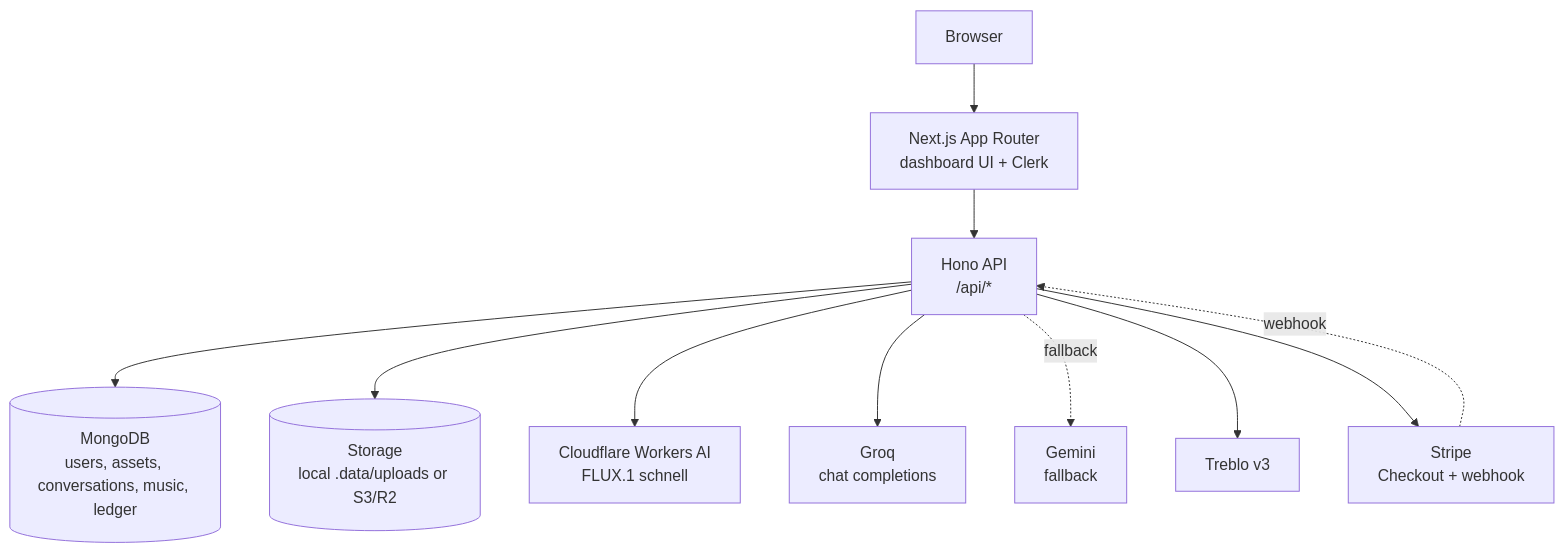
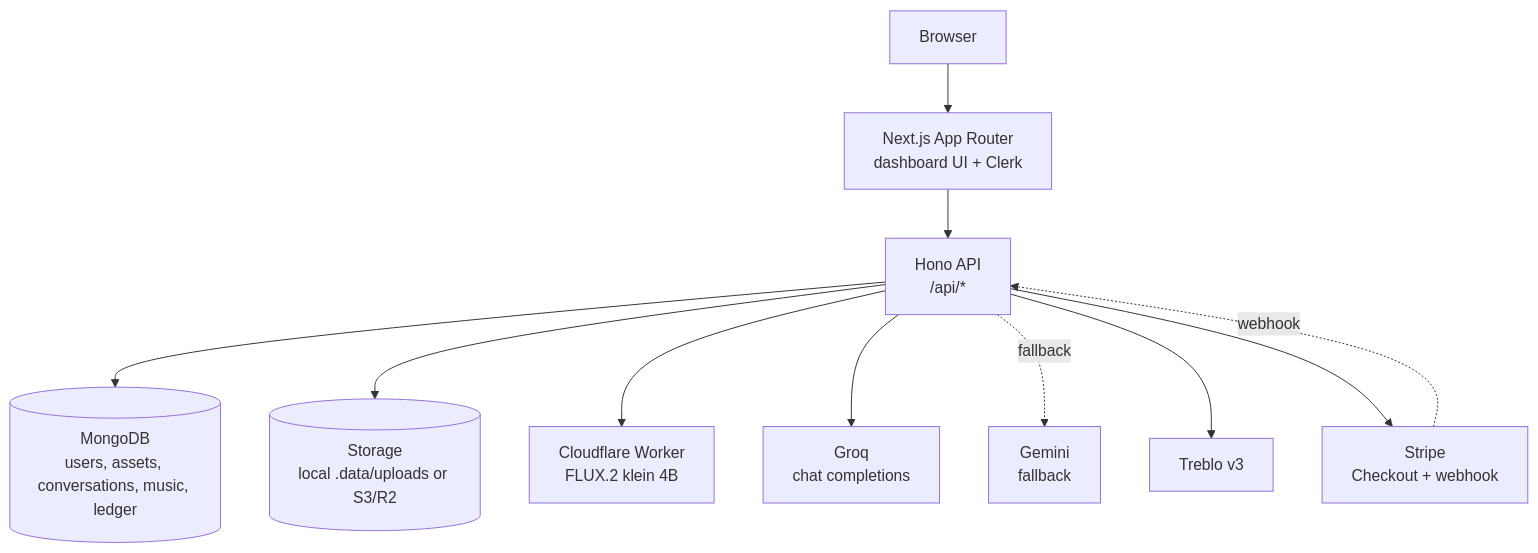
One commit to ni3420/vision changed the diagram in README.md. Above: the diagram before and after it, drawn with Mermaid. The commit also changed other lines of this file and 10 other files, not shown here.

Commit message:
feat: update image generation to use Cloudflare Workers AI FLUX.2 klein 4B

````diff
--- a/README.md
+++ b/README.md
@@ -32,24 +32,24 @@
 ```mermaid
 flowchart TD
     User["Browser"]
     Next["Next.js App Router<br/>dashboard UI + Clerk"]
     API["Hono API<br/>/api/*"]
     DB[("MongoDB<br/>users, assets, conversations, music, ledger")]
     Store[("Storage<br/>local .data/uploads or S3/R2")]
-    CF["Cloudflare Workers AI<br/>FLUX.1 schnell"]
+    CF["Cloudflare Worker<br/>FLUX.2 klein 4B"]
     Groq["Groq<br/>chat completions"]
     Gemini["Gemini<br/>fallback"]
     Treblo["Treblo v3"]
     Stripe["Stripe<br/>Checkout + webhook"]
 
     User --> Next
     Next --> API
     API --> DB
     API --> Store
     API --> CF
     API --> Groq
     API -. fallback .-> Gemini
     API --> Treblo
     API --> Stripe
     Stripe -. webhook .-> API
 ```
````
